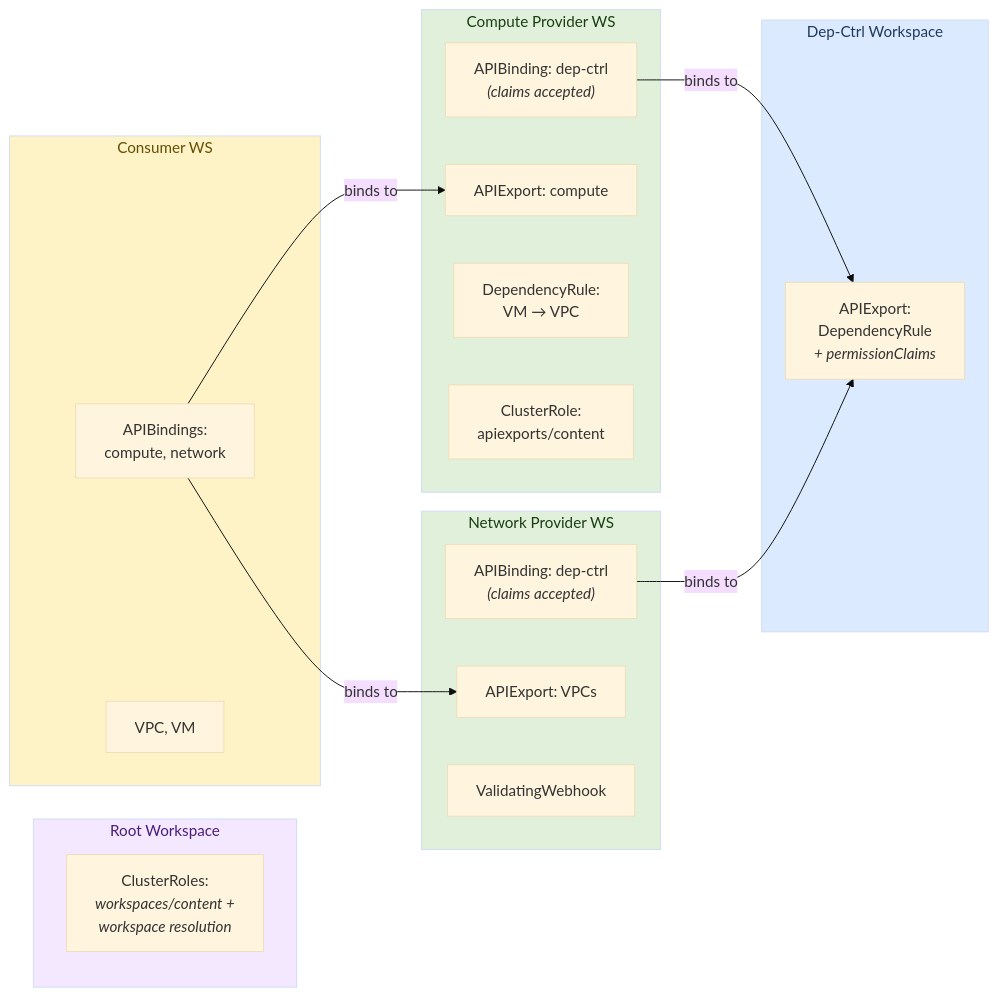
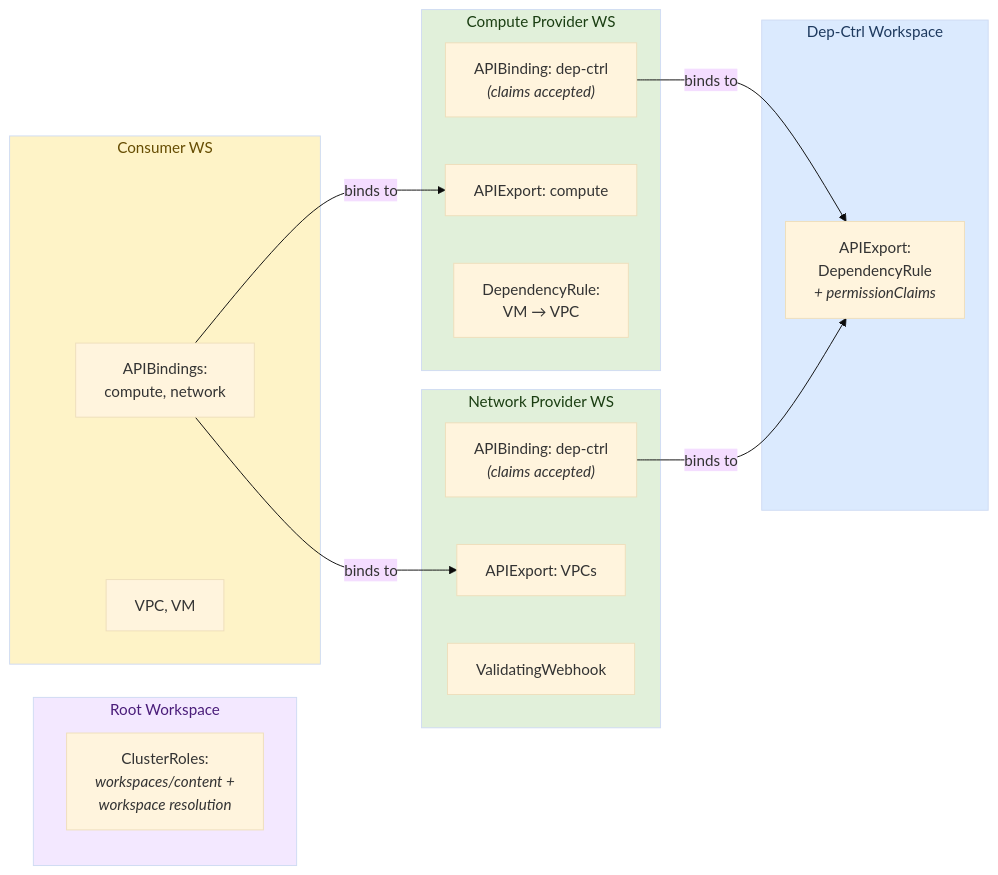
The first of 2 diagrams in docs/architecture.md (opendefensecloud/dependency-controller), drawn with Mermaid (base theme) before and after one commit. The commit also changed other lines of this file and 16 other files, not shown here.

````diff
--- a/docs/architecture.md
+++ b/docs/architecture.md
@@ -25,39 +25,38 @@
 ```mermaid
 graph LR
     subgraph DC["Dep-Ctrl Workspace"]
         DCExport["APIExport:<br/>DependencyRule<br/><i>+ permissionClaims</i>"]
     end
 
     subgraph CP["Compute Provider WS"]
         CPBinding["APIBinding: dep-ctrl<br/><i>(claims accepted)</i>"]
         CPExport["APIExport: compute"]
         CPRule["DependencyRule:<br/>VM → VPC"]
-        CPRBAC["ClusterRole:<br/>apiexports/content"]
     end
 
     subgraph NP["Network Provider WS"]
         NPBinding["APIBinding: dep-ctrl<br/><i>(claims accepted)</i>"]
         NPExport["APIExport: VPCs"]
         NPWebhook["ValidatingWebhook"]
     end
 
     subgraph ROOT["Root Workspace"]
         ROOTROLE["ClusterRoles:<br/><i>workspaces/content +<br/>workspace resolution</i>"]
     end
 
     subgraph CW["Consumer WS"]
         CWBindings["APIBindings:<br/>compute, network"]
         CWResources["VPC, VM"]
     end
 
     CPBinding -->|binds to| DCExport
     NPBinding -->|binds to| DCExport
     CWBindings -->|binds to| CPExport
     CWBindings -->|binds to| NPExport
 
     style DC fill:#dbeafe,color:#1e3a5f
     style CP fill:#e1f0da,color:#1a3e12
     style NP fill:#e1f0da,color:#1a3e12
     style ROOT fill:#f3e8ff,color:#4a1d7a
     style CW fill:#fef3c7,color:#664d03
 ```
````
